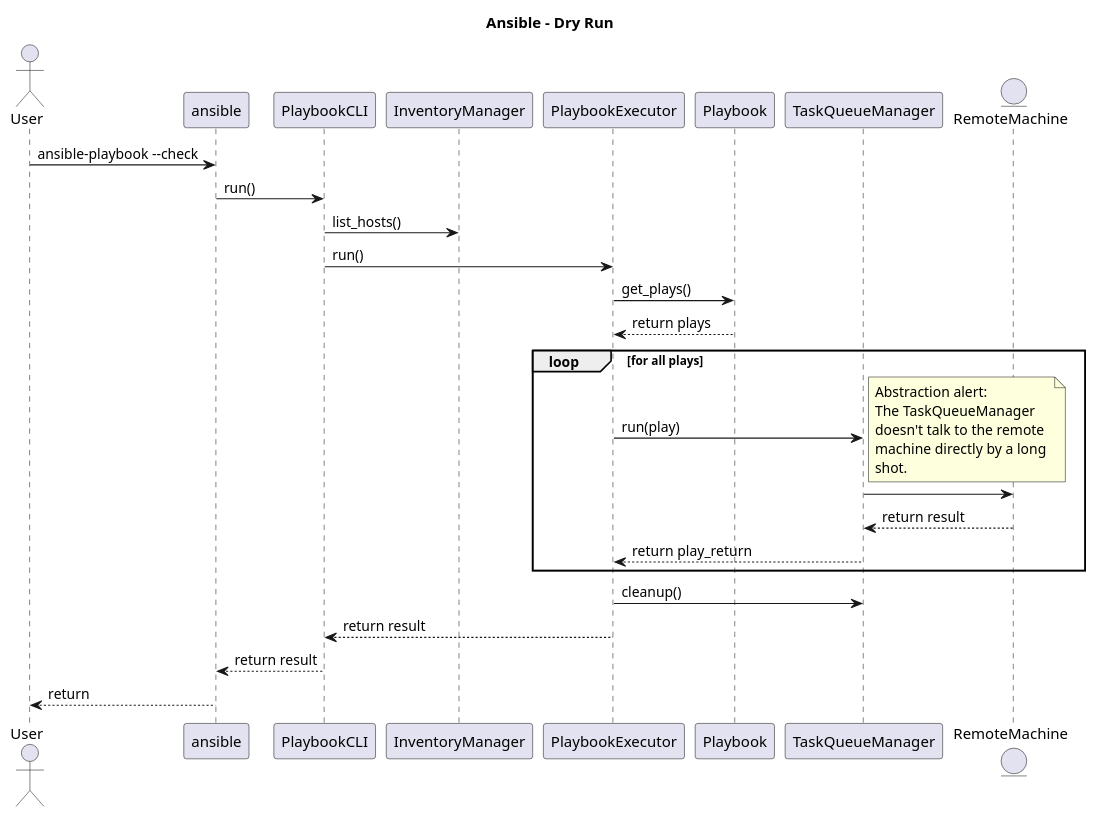
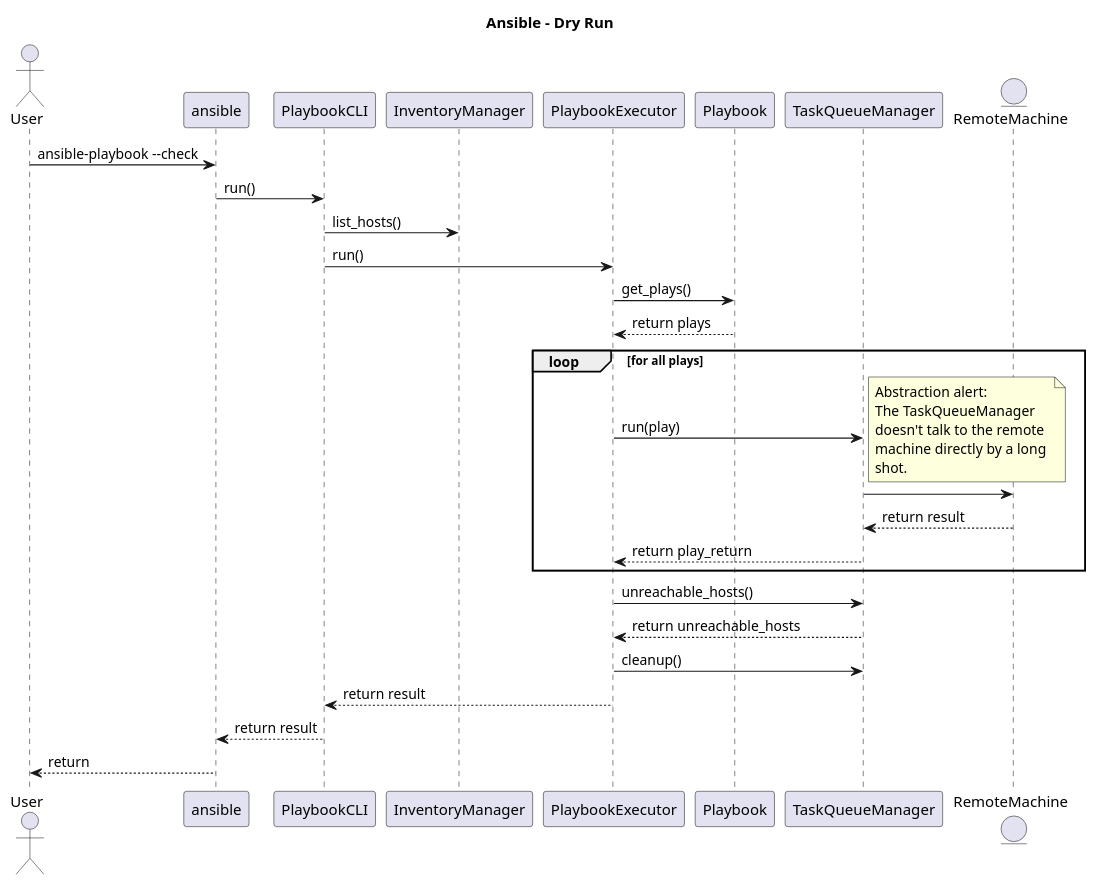
One commit to ezequiels/nazz changed the diagram in project/uml/SequenceDiagram/DryRun.puml. Above: the diagram before and after it, drawn with PlantUML. The commit also changed 3 other files, not shown here.

Commit message:
Updated sequence diagram

```diff
--- a/project/uml/SequenceDiagram/DryRun.puml
+++ b/project/uml/SequenceDiagram/DryRun.puml
@@ -1,24 +1,26 @@
 @startuml
 title Ansible - Dry Run
 
 actor User
 User->ansible:ansible-playbook --check
 ansible->PlaybookCLI: run()
 PlaybookCLI->InventoryManager: list_hosts()
 PlaybookCLI->PlaybookExecutor:run()
 PlaybookExecutor->Playbook:get_plays()
 Playbook-->PlaybookExecutor: return plays
 loop for all plays
     PlaybookExecutor->TaskQueueManager:run(play)
     entity RemoteMachine
     note right: Abstraction alert: \nThe TaskQueueManager \ndoesn't talk to the remote \nmachine directly by a long \nshot.
     TaskQueueManager->RemoteMachine
     RemoteMachine-->TaskQueueManager: return result
     TaskQueueManager-->PlaybookExecutor: return play_return
 end
+PlaybookExecutor->TaskQueueManager: unreachable_hosts()
+TaskQueueManager-->PlaybookExecutor: return unreachable_hosts
 PlaybookExecutor->TaskQueueManager: cleanup()
 PlaybookExecutor-->PlaybookCLI: return result
 PlaybookCLI-->ansible: return result
 ansible-->User: return
 
 @enduml
```
